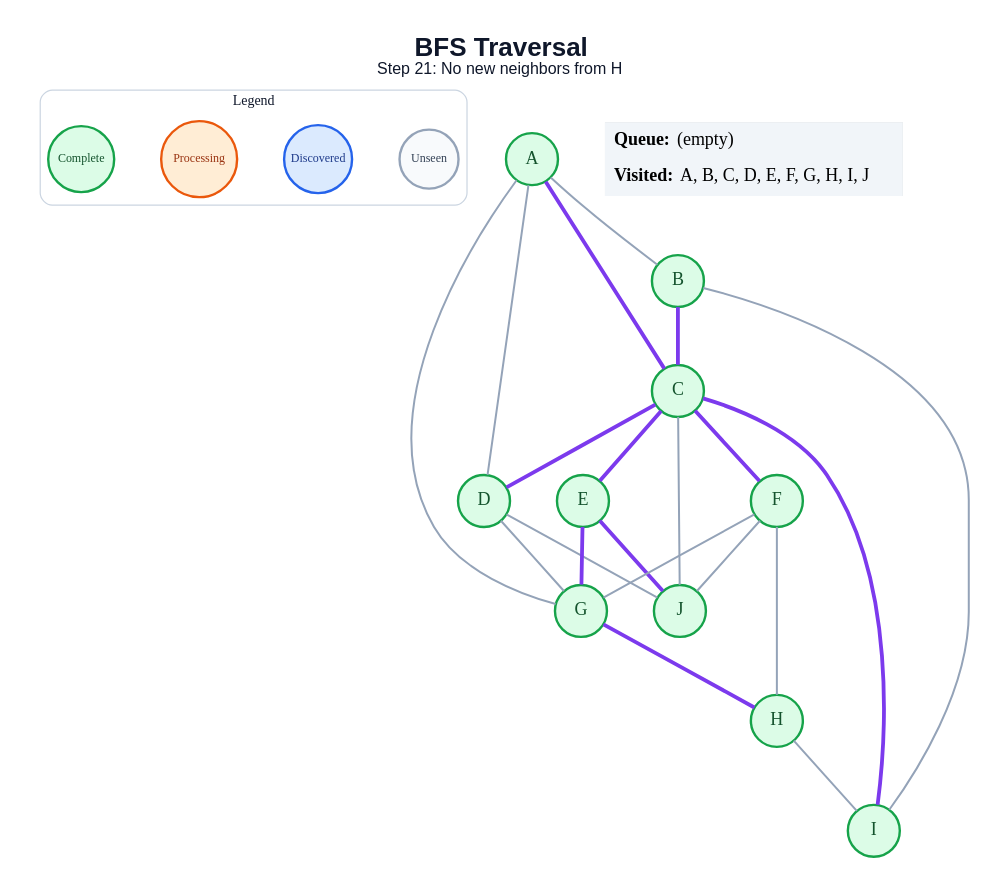
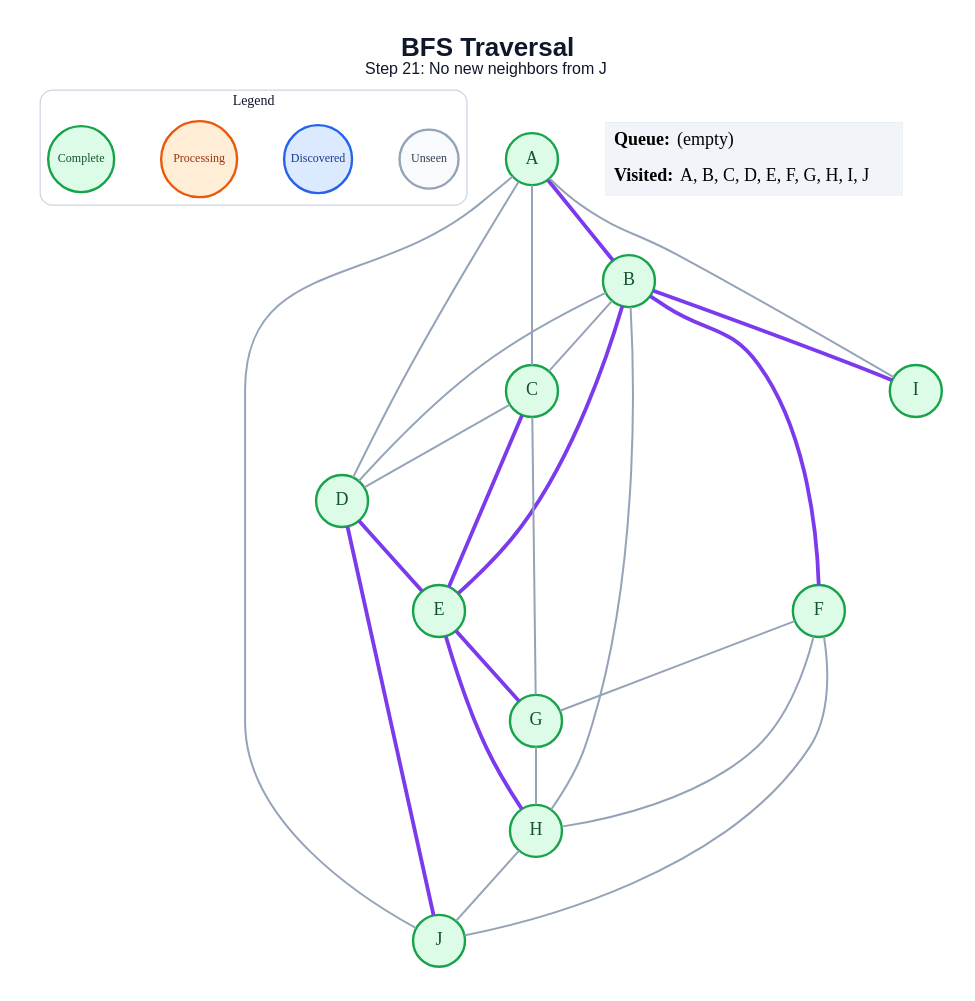
The diagram in generated/specific-node/bfs/step_21.dot (amanghodawala9/ai-slop), drawn with Graphviz before and after one commit. The commit also changed 178 other files, not shown here.

```diff
--- a/generated/specific-node/bfs/step_21.dot
+++ b/generated/specific-node/bfs/step_21.dot
@@ -1,49 +1,52 @@
 graph traversal {
   graph [layout=dot, rankdir=TB, bgcolor="#FFFFFF", pad="0.35", nodesep="0.65", ranksep="0.8", fontname="Arial"];
   node [shape=circle, style="filled", fontname="Arial Bold", fontsize=18, width=0.72, fixedsize=true, penwidth=2.4];
   edge [color="#94A3B8", penwidth=2.0];
-  label=<<B>BFS Traversal</B><BR/><FONT POINT-SIZE="16">Step 21: No new neighbors from H</FONT>>; labelloc="t"; fontsize=26; fontname="Arial"; fontcolor="#0F172A";
+  label=<<B>BFS Traversal</B><BR/><FONT POINT-SIZE="16">Step 21: No new neighbors from J</FONT>>; labelloc="t"; fontsize=26; fontname="Arial"; fontcolor="#0F172A";
   subgraph cluster_legend { label="Legend"; color="#CBD5E1"; penwidth=1.2; style="rounded"; fontsize=14; fontname="Arial Bold";
     key_unseen [label="Unseen", fillcolor="#F8FAFC", color="#94A3B8", fontcolor="#334155", fontsize=12, width=0.82];
     key_frontier [label="Discovered", fillcolor="#DBEAFE", color="#2563EB", fontcolor="#1E3A8A", fontsize=12, width=0.95];
     key_current [label="Processing", fillcolor="#FFEDD5", color="#EA580C", fontcolor="#9A3412", fontsize=12, width=1.05];
     key_done [label="Complete", fillcolor="#DCFCE7", color="#16A34A", fontcolor="#14532D", fontsize=12, width=0.92];
     { rank=same; key_unseen; key_frontier; key_current; key_done; }
   }
   A [fillcolor="#DCFCE7", color="#16A34A", fontcolor="#14532D"];
   B [fillcolor="#DCFCE7", color="#16A34A", fontcolor="#14532D"];
   C [fillcolor="#DCFCE7", color="#16A34A", fontcolor="#14532D"];
   D [fillcolor="#DCFCE7", color="#16A34A", fontcolor="#14532D"];
   E [fillcolor="#DCFCE7", color="#16A34A", fontcolor="#14532D"];
   F [fillcolor="#DCFCE7", color="#16A34A", fontcolor="#14532D"];
   G [fillcolor="#DCFCE7", color="#16A34A", fontcolor="#14532D"];
   H [fillcolor="#DCFCE7", color="#16A34A", fontcolor="#14532D"];
   I [fillcolor="#DCFCE7", color="#16A34A", fontcolor="#14532D"];
   J [fillcolor="#DCFCE7", color="#16A34A", fontcolor="#14532D"];
-  A -- B;
-  A -- C [color="#7C3AED", penwidth=3.8];
+  A -- B [color="#7C3AED", penwidth=3.8];
+  A -- C;
   A -- D;
-  A -- G;
-  B -- C [color="#7C3AED", penwidth=3.8];
-  B -- I;
-  C -- D [color="#7C3AED", penwidth=3.8];
+  A -- I;
+  A -- J;
+  B -- C;
+  B -- D;
+  B -- E [color="#7C3AED", penwidth=3.8];
+  B -- F [color="#7C3AED", penwidth=3.8];
+  B -- H;
+  B -- I [color="#7C3AED", penwidth=3.8];
+  C -- D;
   C -- E [color="#7C3AED", penwidth=3.8];
-  C -- F [color="#7C3AED", penwidth=3.8];
-  C -- I [color="#7C3AED", penwidth=3.8];
-  C -- J;
-  D -- G;
-  D -- J;
+  C -- G;
+  D -- E [color="#7C3AED", penwidth=3.8];
+  D -- J [color="#7C3AED", penwidth=3.8];
   E -- G [color="#7C3AED", penwidth=3.8];
-  E -- J [color="#7C3AED", penwidth=3.8];
+  E -- H [color="#7C3AED", penwidth=3.8];
   F -- G;
   F -- H;
   F -- J;
-  G -- H [color="#7C3AED", penwidth=3.8];
-  H -- I;
+  G -- H;
+  H -- J;
   status [shape=plain, fixedsize=false, width=0, height=0, margin=0, label=<
     <TABLE BORDER="0" CELLBORDER="0" CELLPADDING="7" BGCOLOR="#F1F5F9">
       <TR><TD ALIGN="LEFT"><B>Queue:</B> (empty)</TD></TR>
       <TR><TD ALIGN="LEFT"><B>Visited:</B> A, B, C, D, E, F, G, H, I, J</TD></TR>
     </TABLE>
   >];
 }
```
